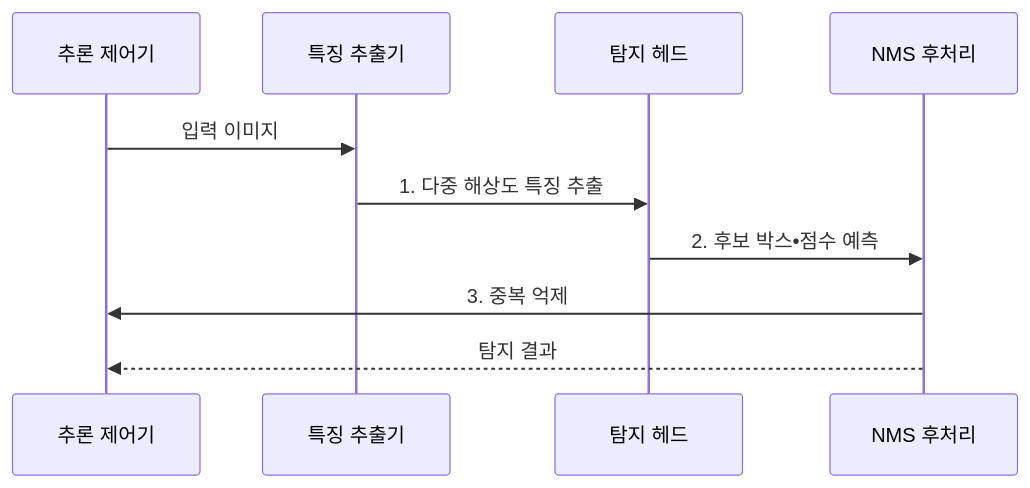
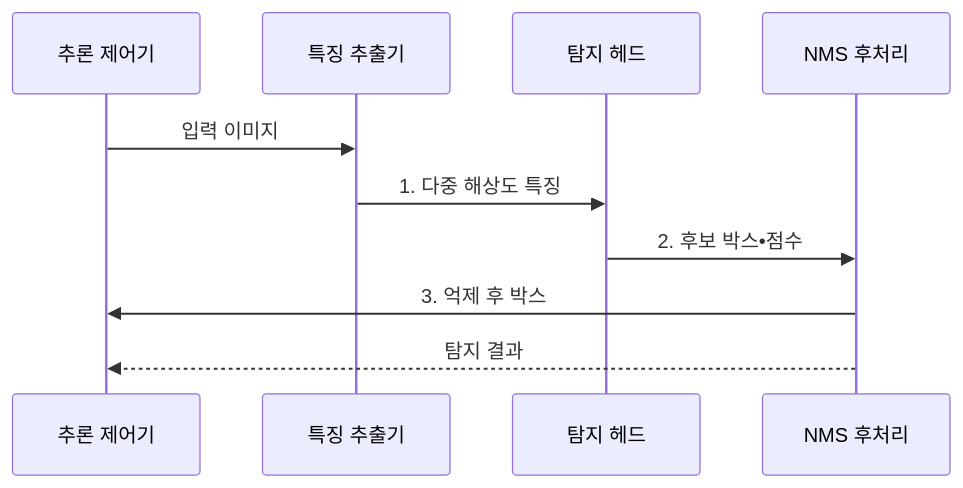
The second of 2 diagrams in src/content/docs/notes/01-basic-theory/055_object_detection.md (agnusdei1207/knowledge-base), drawn with Mermaid before and after one commit. The commit also changed other lines of this file and 17 other files, not shown here.

````diff
--- a/src/content/docs/notes/01-basic-theory/055_object_detection.md
+++ b/src/content/docs/notes/01-basic-theory/055_object_detection.md
@@ -82,12 +83,12 @@
 ```mermaid
 sequenceDiagram
     participant T as 추론 제어기
     participant F as 특징 추출기
     participant H as 탐지 헤드
     participant N as NMS 후처리
     T->>F: 입력 이미지
-    F->>H: 1. 다중 해상도 특징 추출
-    H->>N: 2. 후보 박스•점수 예측
-    N->>T: 3. 중복 억제
+    F->>H: 1. 다중 해상도 특징
+    H->>N: 2. 후보 박스•점수
+    N->>T: 3. 억제 후 박스
     N-->>T: 탐지 결과
 ```
````
